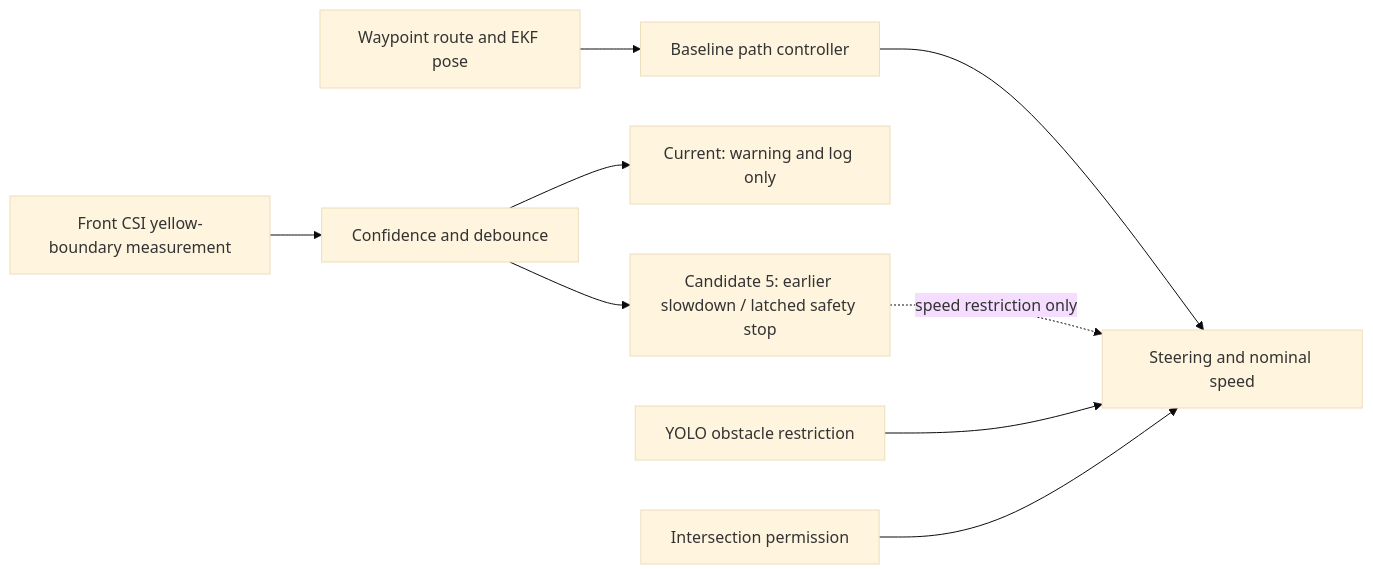
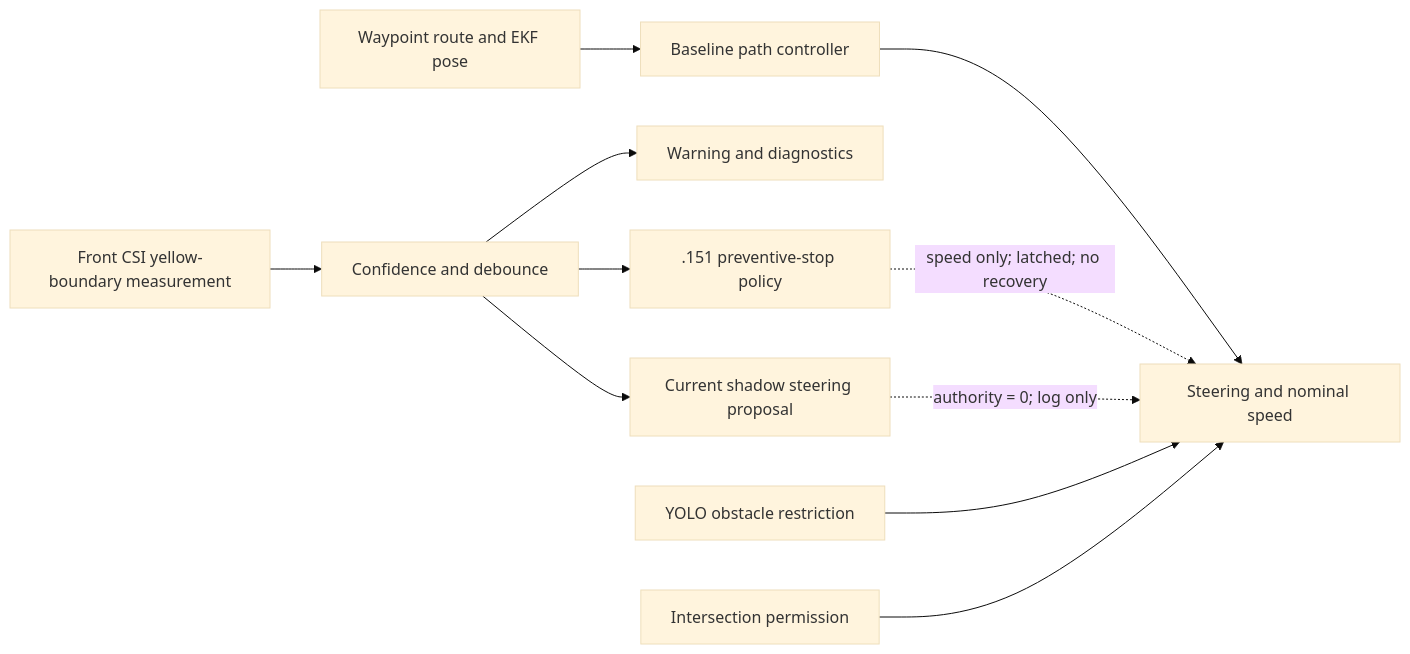
The fourth of 4 diagrams in docs/SYSTEM_ARCHITECTURE.md (Fis-ayo/QCar), drawn with Mermaid (base theme) before and after one commit. The commit also changed other lines of this file and 34 other files, not shown here.

````diff
--- a/docs/SYSTEM_ARCHITECTURE.md
+++ b/docs/SYSTEM_ARCHITECTURE.md
@@ -119,11 +121,13 @@
 ```mermaid
 flowchart LR
     MAP[Waypoint route and EKF pose] --> BASE[Baseline path controller]
     CSI[Front CSI yellow-boundary measurement] --> CONF[Confidence and debounce]
-    CONF --> WARN[Current: warning and log only]
-    CONF --> LIMIT[Candidate 5: earlier slowdown / latched safety stop]
+    CONF --> WARN[Warning and diagnostics]
+    CONF --> STOP[.151 preventive-stop policy]
+    CONF --> SHADOW[Current shadow steering proposal]
     BASE --> ACT[Steering and nominal speed]
-    LIMIT -. speed restriction only .-> ACT
+    STOP -. speed only; latched; no recovery .-> ACT
+    SHADOW -. authority = 0; log only .-> ACT
     YOLO[YOLO obstacle restriction] --> ACT
     CZ[Intersection permission] --> ACT
 ```
````
